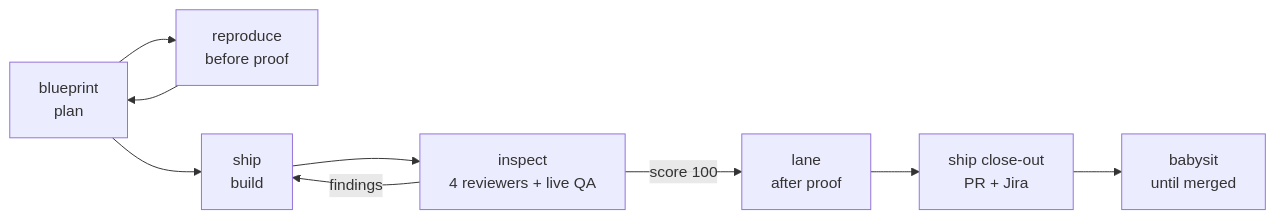
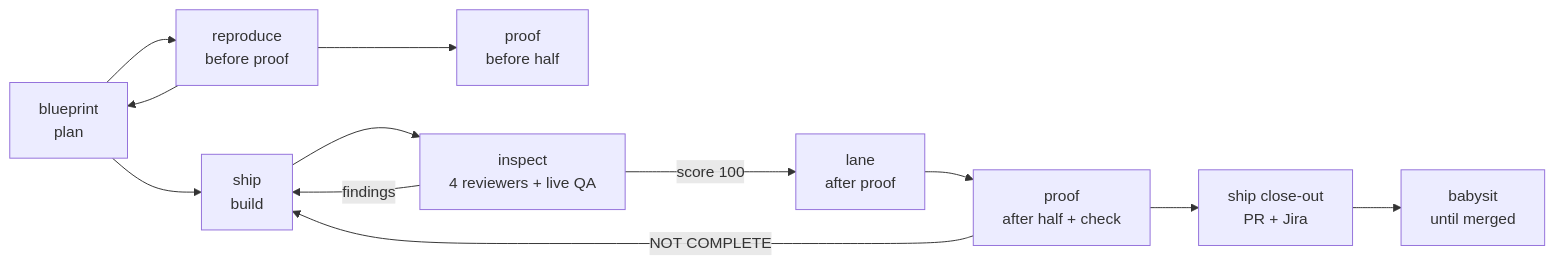
One commit to talibilat/tstack changed the first of 2 diagrams in README.md. Above: the diagram before and after it, drawn with Mermaid. The commit also changed other lines of this file and 14 other files, not shown here.

First line of the commit message:
Add the proof skill: annotated before and after pictures

````diff
--- a/README.md
+++ b/README.md
@@ -36,10 +37,13 @@
 ```mermaid
 flowchart LR
   P[blueprint<br>plan] --> R[reproduce<br>before proof] --> P
+  R --> F1[proof<br>before half]
   P --> S[ship<br>build]
   S --> Q[inspect<br>4 reviewers + live QA]
   Q -- findings --> S
   Q -- score 100 --> L[lane<br>after proof]
-  L --> C[ship close-out<br>PR + Jira]
+  L --> F2[proof<br>after half + check]
+  F2 -- NOT COMPLETE --> S
+  F2 --> C[ship close-out<br>PR + Jira]
   C --> B[babysit<br>until merged]
 ```
````
